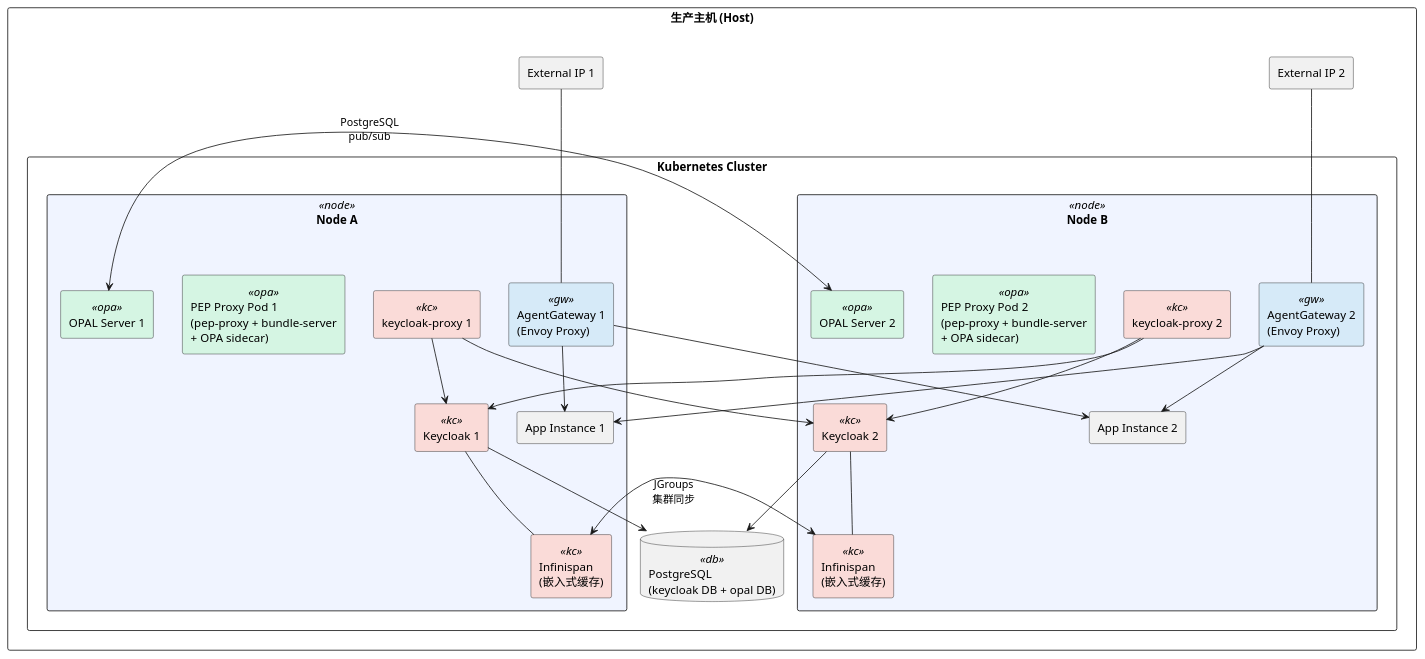
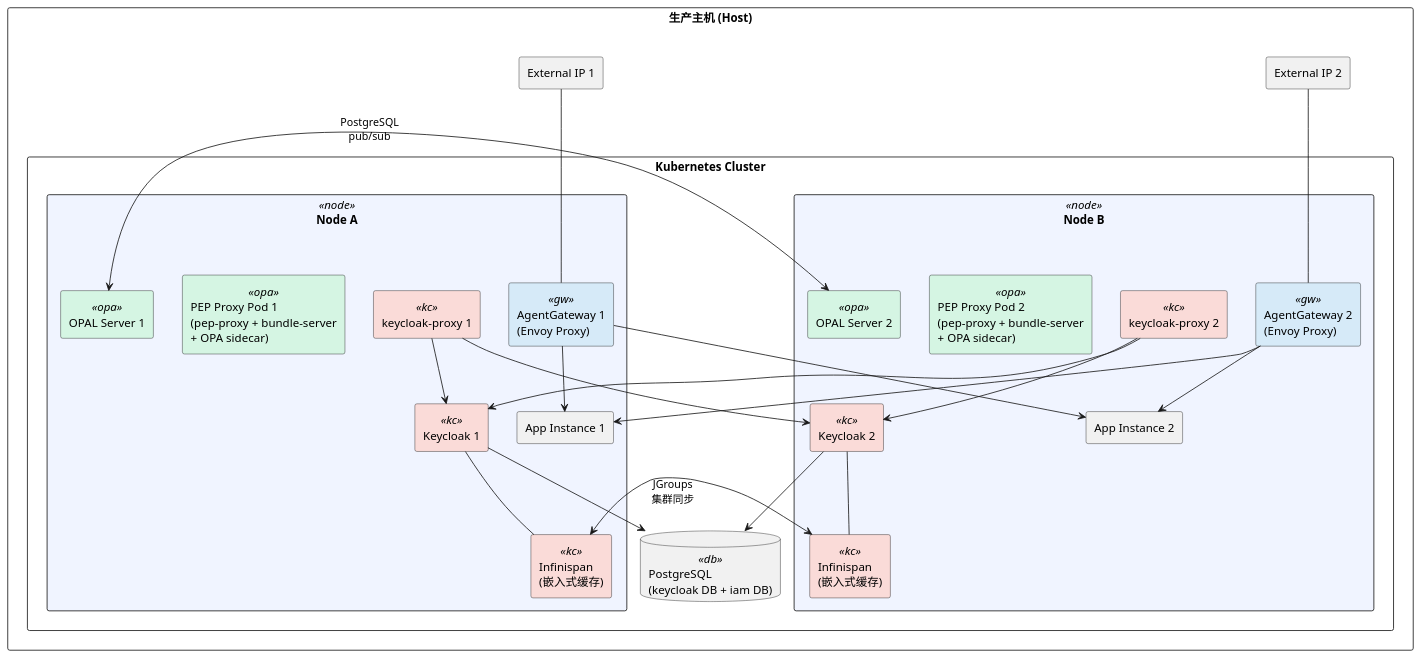
Before and after one commit to xiewanchao/aidp-iam: the eighth of 16 diagrams in da-cluster/docs/design-specification.md, drawn with PlantUML. The commit also changed other lines of this file and 13 other files, not shown here.

````diff
--- a/da-cluster/docs/design-specification.md
+++ b/da-cluster/docs/design-specification.md
@@ -370,61 +400,61 @@
 ```plantuml
 @startuml
 skinparam rectangle {
     BackgroundColor<<node>> #F0F4FF
     BackgroundColor<<gw>> #D6EAF8
     BackgroundColor<<kc>> #FADBD8
     BackgroundColor<<opa>> #D5F5E3
     BackgroundColor<<db>> #E8DAEF
 }
 
 rectangle "生产主机 (Host)" {
     rectangle "External IP 1" as eip1
     rectangle "External IP 2" as eip2
 
     rectangle "Kubernetes Cluster" {
         rectangle "Node A" <<node>> {
             rectangle "AgentGateway 1\n(Envoy Proxy)" as gw1 <<gw>>
             rectangle "Keycloak 1" as kc1 <<kc>>
             rectangle "Infinispan\n(嵌入式缓存)" as is1 <<kc>>
             rectangle "keycloak-proxy 1" as kp1 <<kc>>
             rectangle "PEP Proxy Pod 1\n(pep-proxy + bundle-server\n+ OPA sidecar)" as pep1 <<opa>>
             rectangle "OPAL Server 1" as opal1 <<opa>>
             rectangle "App Instance 1" as app1
         }
 
         rectangle "Node B" <<node>> {
             rectangle "AgentGateway 2\n(Envoy Proxy)" as gw2 <<gw>>
             rectangle "Keycloak 2" as kc2 <<kc>>
             rectangle "Infinispan\n(嵌入式缓存)" as is2 <<kc>>
             rectangle "keycloak-proxy 2" as kp2 <<kc>>
             rectangle "PEP Proxy Pod 2\n(pep-proxy + bundle-server\n+ OPA sidecar)" as pep2 <<opa>>
             rectangle "OPAL Server 2" as opal2 <<opa>>
             rectangle "App Instance 2" as app2
         }
 
-        database "PostgreSQL\n(keycloak DB + opal DB)" as pg <<db>>
+        database "PostgreSQL\n(keycloak DB + iam DB)" as pg <<db>>
     }
 }
 
 eip1 -- gw1
 eip2 -- gw2
 
 is1 <--> is2 : JGroups\n集群同步
 kc1 -- is1
 kc2 -- is2
 kc1 --> pg
 kc2 --> pg
 
 gw1 --> app1
 gw1 --> app2
 gw2 --> app1
 gw2 --> app2
 
 kp1 --> kc1
 kp1 --> kc2
 kp2 --> kc1
 kp2 --> kc2
 
 opal1 <--> opal2 : PostgreSQL\npub/sub
 @enduml
 ```
````
